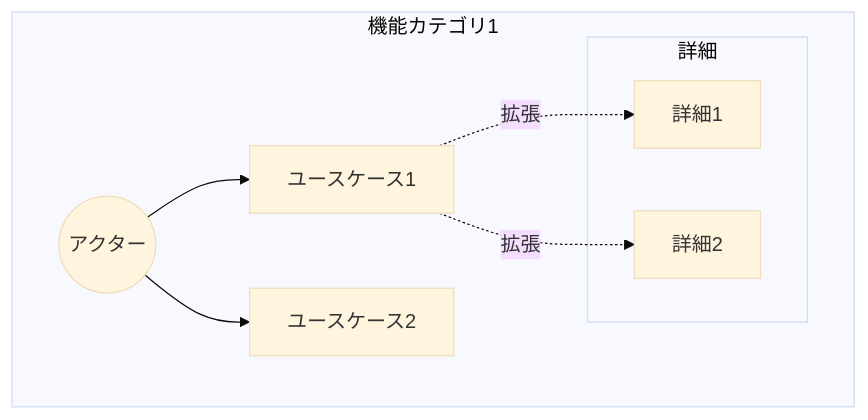
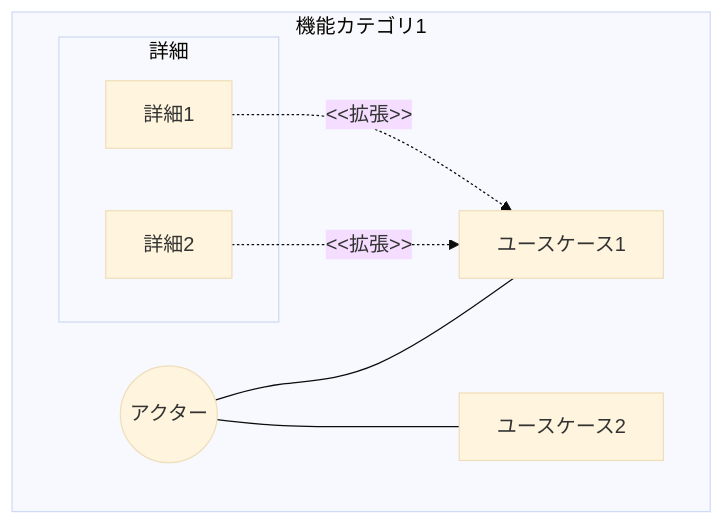
Before and after one commit to ToshikiImagawa/ai-sdd-workflow: the second of 4 diagrams in plugins/sdd-workflow/skills/generate-prd/templates/ja/prd_template.md, drawn with Mermaid (base theme). The commit also changed other lines of this file and 48 other files, not shown here.

First line of the commit message:
v3.0.1: Mermaid記法のUML標準準拠とsdd-init設定管理機能の追加 (#35)

````diff
--- a/plugins/sdd-workflow/skills/generate-prd/templates/ja/prd_template.md
+++ b/plugins/sdd-workflow/skills/generate-prd/templates/ja/prd_template.md
@@ -88,18 +88,18 @@
 ```mermaid
 graph TB
     subgraph "機能カテゴリ1"
         Actor((アクター))
         UseCase1[ユースケース1]
         UseCase2[ユースケース2]
 
         subgraph "詳細"
             Detail1[詳細1]
             Detail2[詳細2]
         end
     end
 
-    Actor --> UseCase1
-    Actor --> UseCase2
-    UseCase1 -. 拡張 .-> Detail1
-    UseCase1 -. 拡張 .-> Detail2
+    Actor --- UseCase1
+    Actor --- UseCase2
+    Detail1 -.->|"&lt;&lt;拡張&gt;&gt;"| UseCase1
+    Detail2 -.->|"&lt;&lt;拡張&gt;&gt;"| UseCase1
 ```
````
